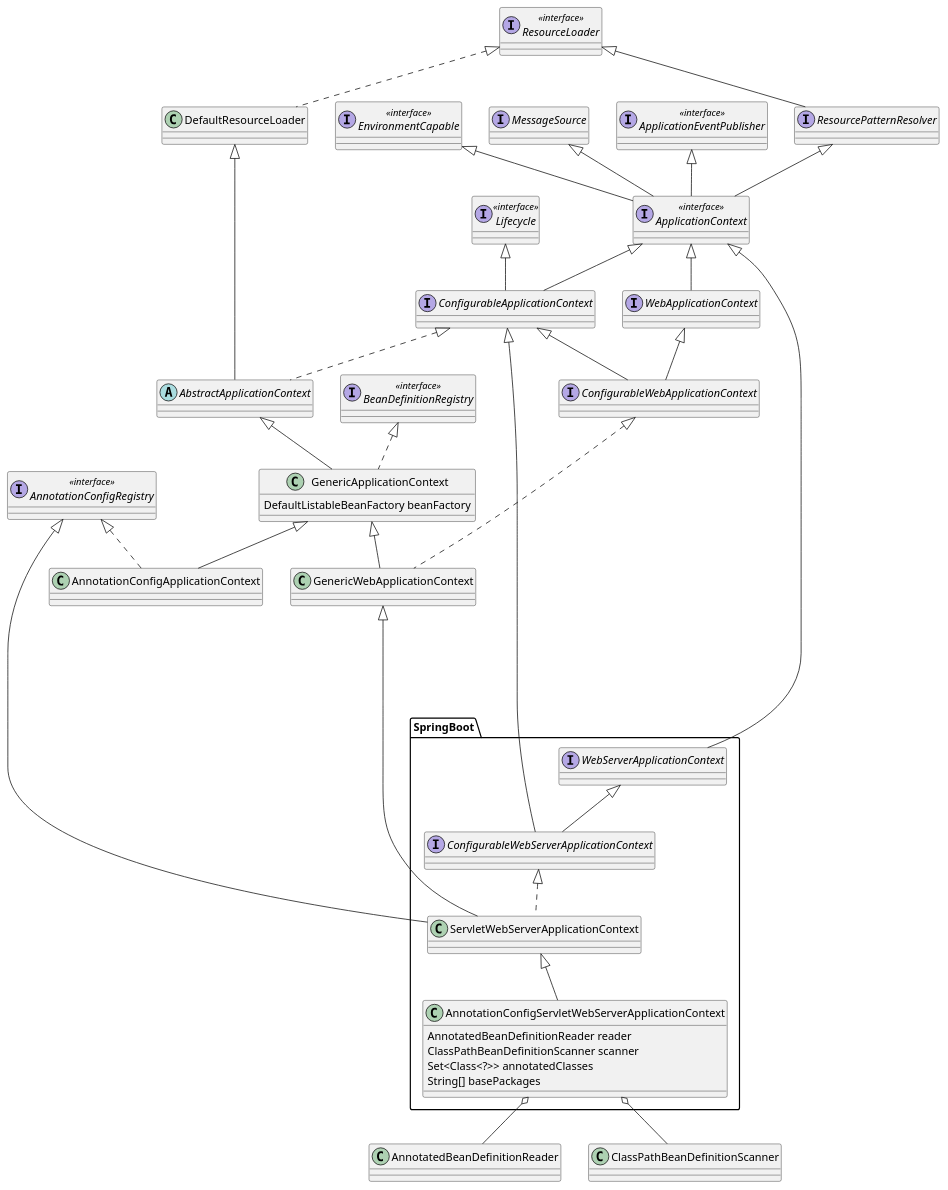
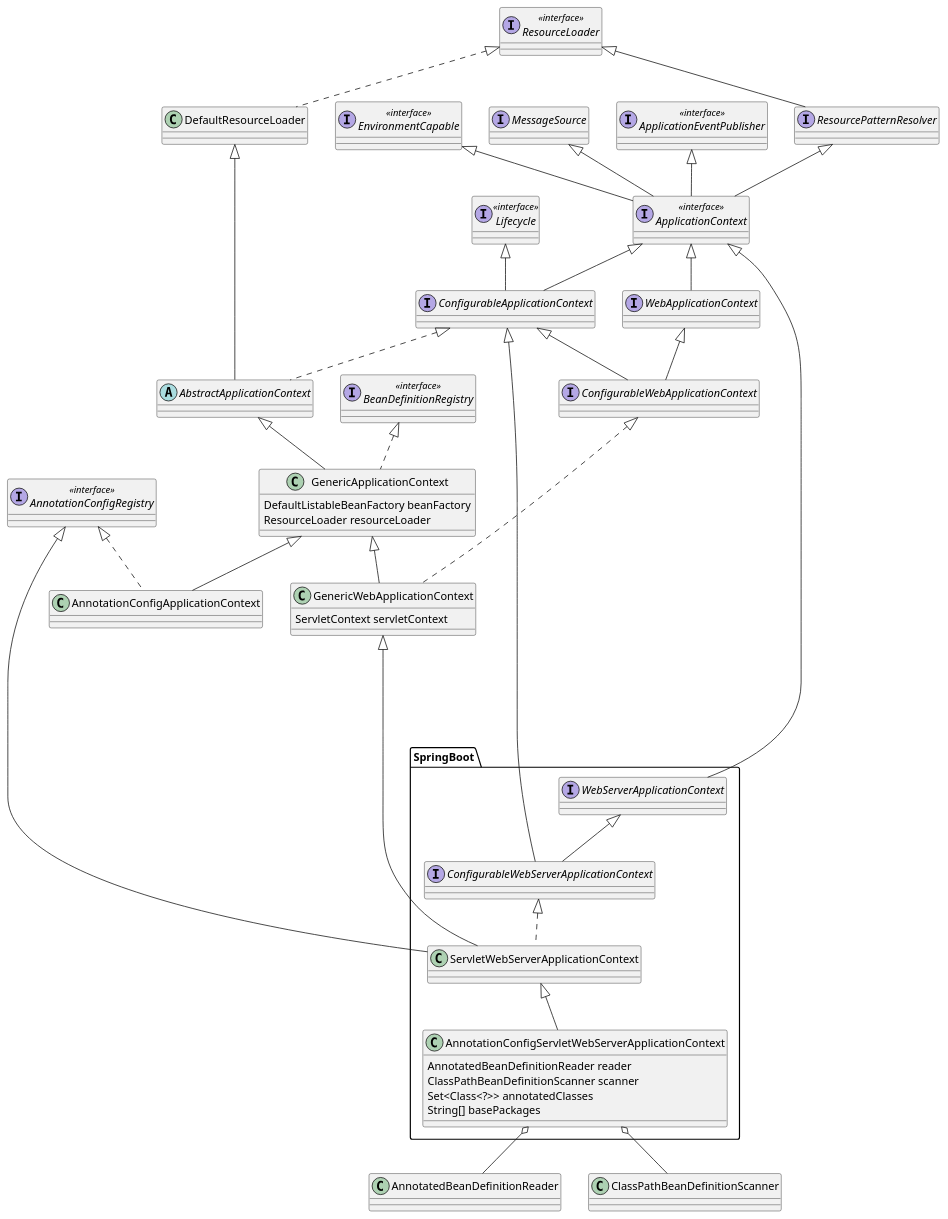
Before and after one commit to kevinwang930/kevinwang930.github.io: the eighth of 14 diagrams in content/post/java/spring/spring-core-container/index.md, drawn with PlantUML. The commit also changed other lines of this file and 4 other files, not shown here.

````diff
--- a/content/post/java/spring/spring-core-container/index.md
+++ b/content/post/java/spring/spring-core-container/index.md
@@ -281,68 +298,71 @@
 ```plantuml
 @startuml
 
 
 
 
 
 
 interface AnnotationConfigRegistry << interface >>
 interface ApplicationContext << interface >>
 interface ApplicationEventPublisher << interface >>
 interface BeanDefinitionRegistry << interface >>
 
 interface ConfigurableApplicationContext extends ApplicationContext, Lifecycle
 interface ConfigurableWebApplicationContext extends WebApplicationContext, ConfigurableApplicationContext
 
 abstract class AbstractApplicationContext extends DefaultResourceLoader implements ConfigurableApplicationContext
 class DefaultResourceLoader implements ResourceLoader
 interface EnvironmentCapable << interface >>
 class GenericApplicationContext extends AbstractApplicationContext implements BeanDefinitionRegistry {
     DefaultListableBeanFactory beanFactory
+    ResourceLoader resourceLoader
 }
 
 
 
-class GenericWebApplicationContext extends GenericApplicationContext implements ConfigurableWebApplicationContext
+class GenericWebApplicationContext extends GenericApplicationContext implements ConfigurableWebApplicationContext {
+    ServletContext servletContext
+}
 interface Lifecycle << interface >>
 interface ResourceLoader << interface >>
 interface ResourcePatternResolver extends ResourceLoader
 
 
 
 
 
 
 interface ApplicationContext extends EnvironmentCapable,MessageSource, ApplicationEventPublisher, ResourcePatternResolver
 
 interface WebApplicationContext  extends ApplicationContext
 class AnnotationConfigApplicationContext extends GenericApplicationContext implements AnnotationConfigRegistry
 
 
 class AnnotatedBeanDefinitionReader
 class ClassPathBeanDefinitionScanner 
 
 package SpringBoot {
     
     interface WebServerApplicationContext 
     interface ConfigurableWebServerApplicationContext extends  WebServerApplicationContext
 
     class ServletWebServerApplicationContext implements ConfigurableWebServerApplicationContext
     class AnnotationConfigServletWebServerApplicationContext extends ServletWebServerApplicationContext {
         AnnotatedBeanDefinitionReader reader
         ClassPathBeanDefinitionScanner scanner
         Set<Class<?>> annotatedClasses
         String[] basePackages
     }
 }
   
 ApplicationContext <|-------- WebServerApplicationContext
 GenericWebApplicationContext <|-- ServletWebServerApplicationContext
 ConfigurableApplicationContext <|-- ConfigurableWebServerApplicationContext
 AnnotationConfigRegistry <|-- ServletWebServerApplicationContext
 AnnotationConfigServletWebServerApplicationContext o-- ClassPathBeanDefinitionScanner
 AnnotationConfigServletWebServerApplicationContext o-- AnnotatedBeanDefinitionReader
 
 @enduml
 
 ```
````
